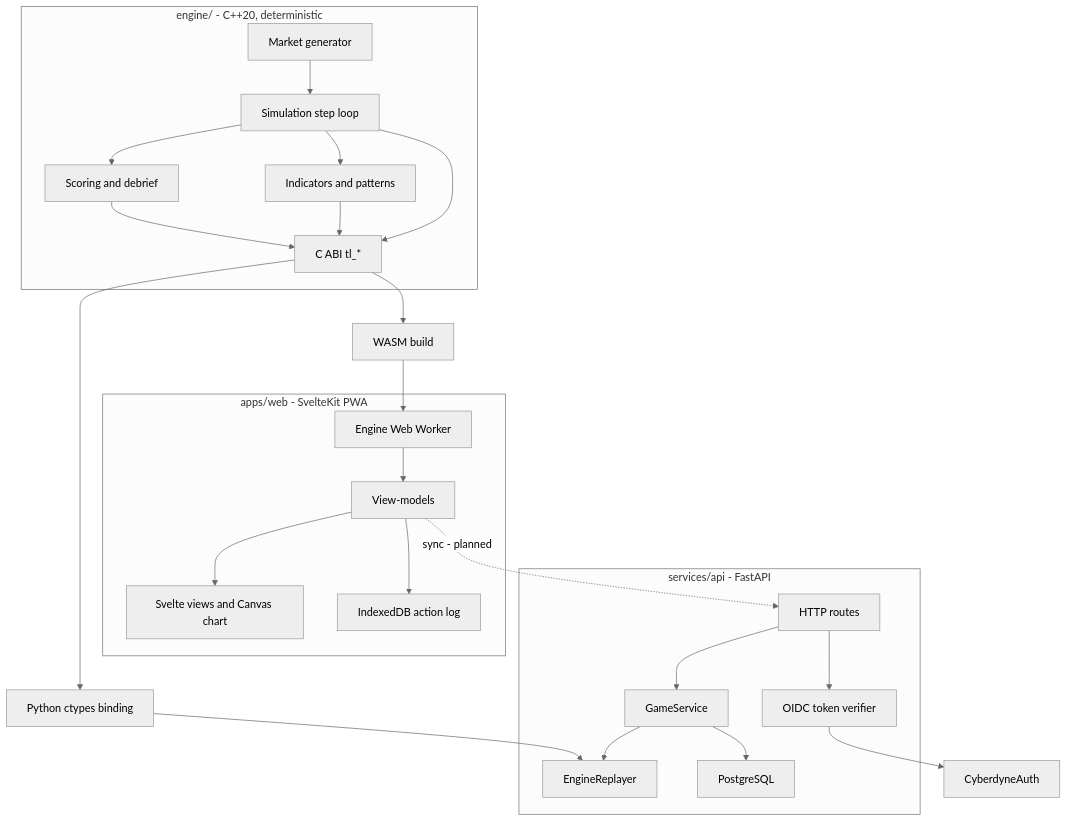
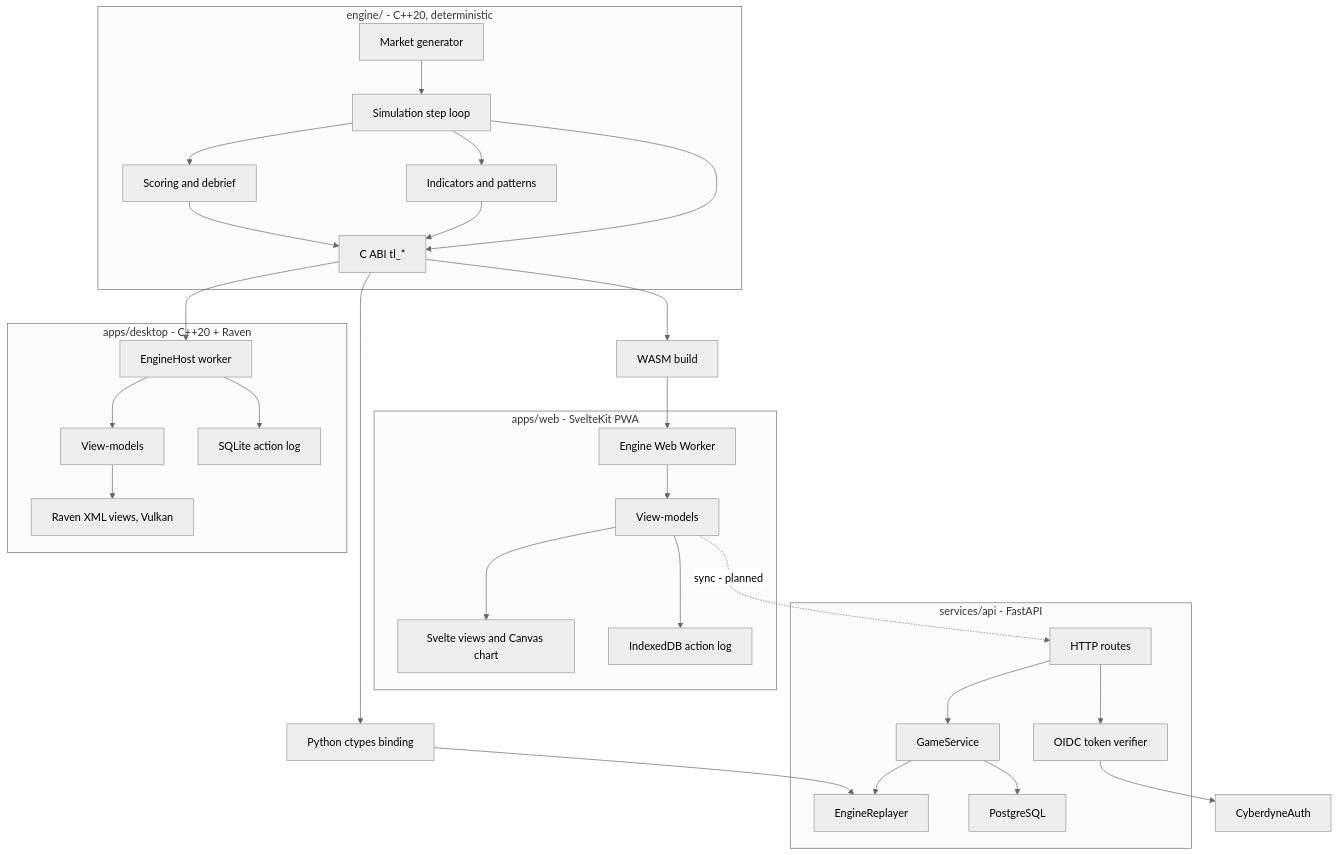
Before and after one commit to CyberdyneCorp/trading-game: the second of 7 diagrams in README.md, drawn with Mermaid (neutral theme). The commit also changed other lines of this file and 8 other files, not shown here.

````diff
--- a/README.md
+++ b/README.md
@@ -135,32 +136,39 @@
 ```mermaid
 graph TB
     subgraph CORE["engine/ - C++20, deterministic"]
         GEN["Market generator"] --> SIM["Simulation step loop"]
         SIM --> IND["Indicators and patterns"]
         SIM --> SCO["Scoring and debrief"]
         SIM --> CAPI["C ABI tl_*"]
         IND --> CAPI
         SCO --> CAPI
     end
 
     CAPI --> WASM["WASM build"]
     CAPI --> PY["Python ctypes binding"]
 
     subgraph WEB["apps/web - SvelteKit PWA"]
         WORKER["Engine Web Worker"] --> VM["View-models"]
         VM --> VIEW["Svelte views and Canvas chart"]
         VM --> IDB["IndexedDB action log"]
     end
 
     subgraph API["services/api - FastAPI"]
         HTTP["HTTP routes"] --> APP["GameService"]
         APP --> REP["EngineReplayer"]
         APP --> DB["PostgreSQL"]
         HTTP --> OIDC["OIDC token verifier"]
     end
 
+    subgraph DESK["apps/desktop - C++20 + Raven"]
+        HOST["EngineHost worker"] --> DVM["View-models"]
+        DVM --> DVIEW["Raven XML views, Vulkan"]
+        HOST --> SQL["SQLite action log"]
+    end
+
     WASM --> WORKER
+    CAPI --> HOST
     PY --> REP
     OIDC --> AUTH["CyberdyneAuth"]
     VM -.->|"sync - planned"| HTTP
 ```
````
